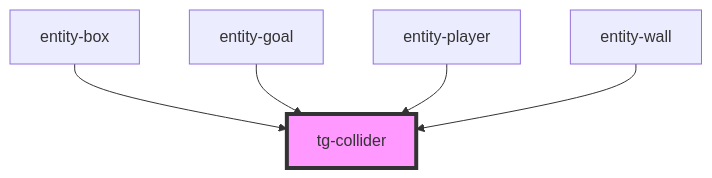
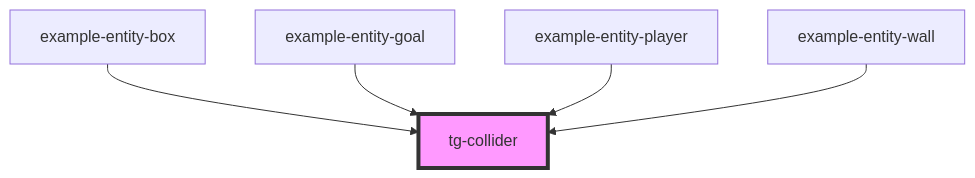
The diagram in src/components/engine/tg-collider/readme.md (Scan0815/tg-engine), drawn with Mermaid before and after one commit. The commit also changed other lines of this file and 19 other files, not shown here.

````diff
--- a/src/components/engine/tg-collider/readme.md
+++ b/src/components/engine/tg-collider/readme.md
@@ -64,8 +64,8 @@
 ```mermaid
 graph TD;
-  entity-box --> tg-collider
-  entity-goal --> tg-collider
-  entity-player --> tg-collider
-  entity-wall --> tg-collider
+  example-entity-box --> tg-collider
+  example-entity-goal --> tg-collider
+  example-entity-player --> tg-collider
+  example-entity-wall --> tg-collider
   style tg-collider fill:#f9f,stroke:#333,stroke-width:4px
 ```
````
